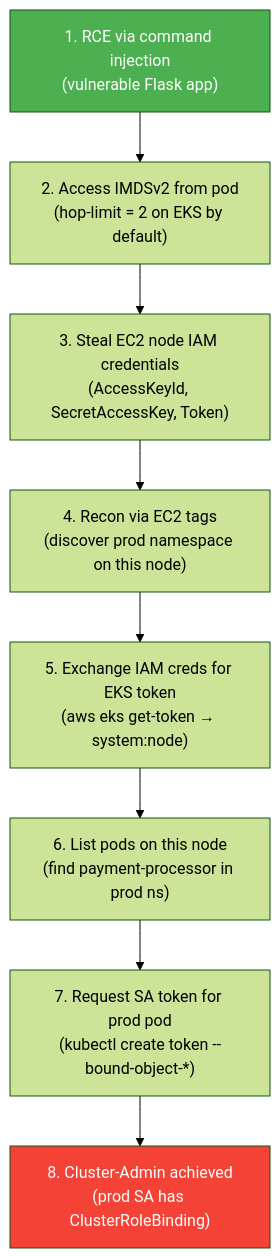
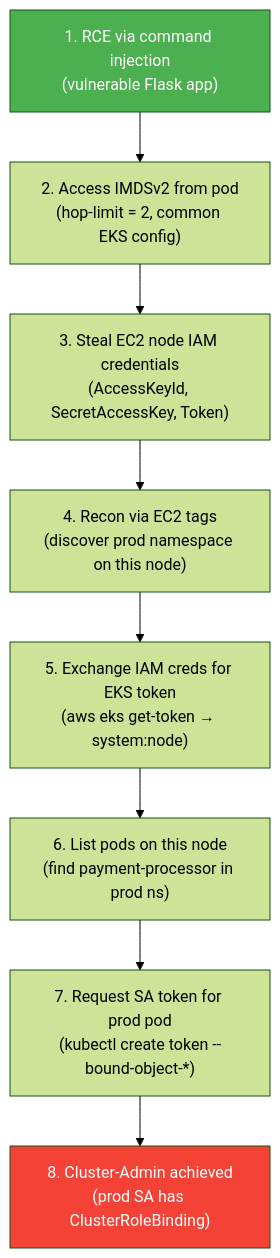
The diagram in scenario1/README.md (Ruatelo/EKS-config), drawn with Mermaid (forest theme) before and after one commit. The commit also changed other lines of this file and 9 other files, not shown here.

````diff
--- a/scenario1/README.md
+++ b/scenario1/README.md
@@ -9,12 +9,12 @@
 ```mermaid
 graph TD
-    A["1. RCE via command injection\n(vulnerable Flask app)"] --> B["2. Access IMDSv2 from pod\n(hop-limit = 2 on EKS by default)"]
+    A["1. RCE via command injection\n(vulnerable Flask app)"] --> B["2. Access IMDSv2 from pod\n(hop-limit = 2, common EKS config)"]
     B --> C["3. Steal EC2 node IAM credentials\n(AccessKeyId, SecretAccessKey, Token)"]
     C --> D["4. Recon via EC2 tags\n(discover prod namespace on this node)"]
     D --> E["5. Exchange IAM creds for EKS token\n(aws eks get-token → system:node)"]
     E --> F["6. List pods on this node\n(find payment-processor in prod ns)"]
     F --> G["7. Request SA token for prod pod\n(kubectl create token --bound-object-*)"]
     G --> H["8. Cluster-Admin achieved\n(prod SA has ClusterRoleBinding)"]
     style A fill:#4CAF50,color:#fff
     style H fill:#f44336,color:#fff
 ```
````
